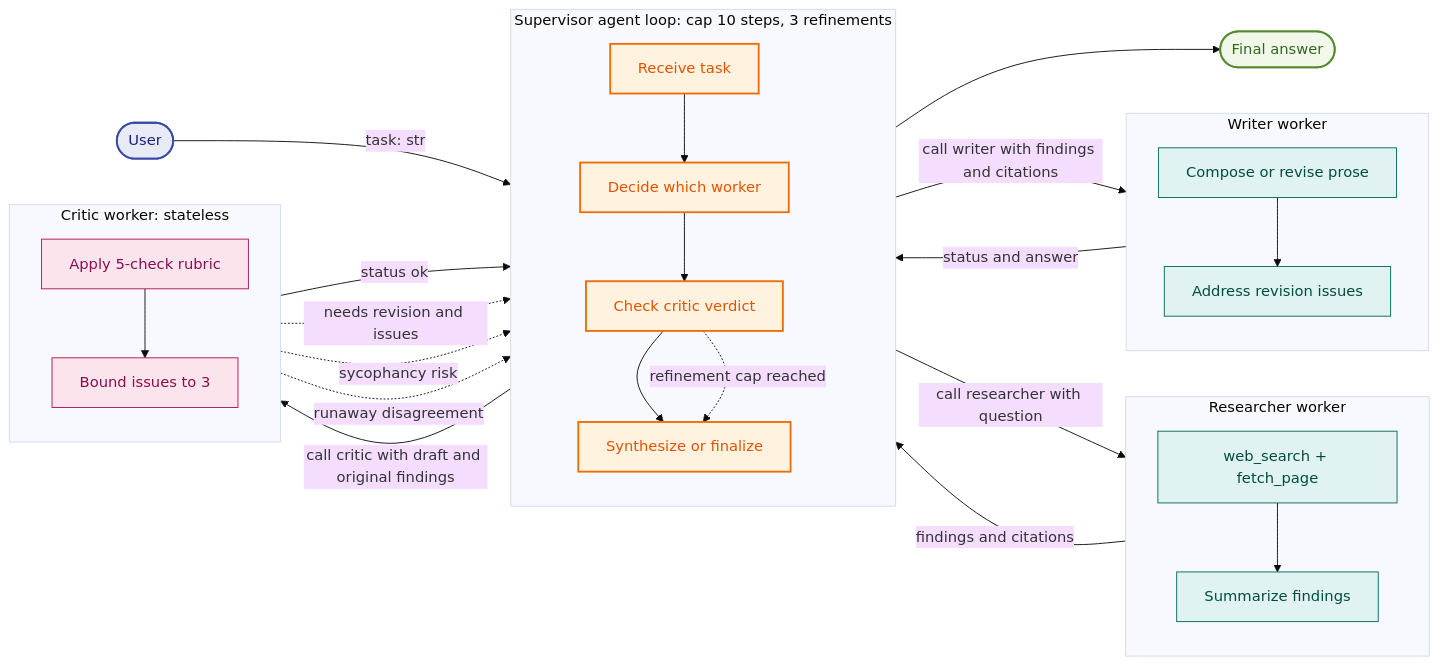
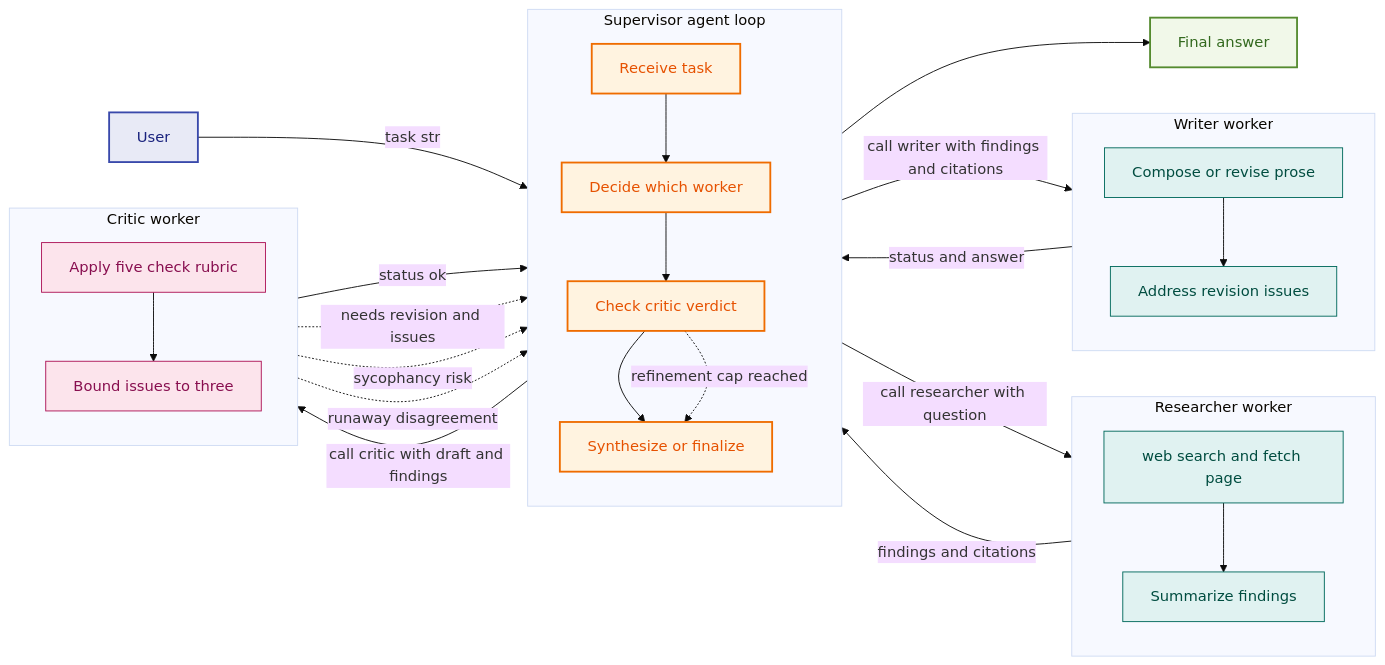
The diagram in diagrams/generator-critic-flow.mmd (MHHamdan/Agentic-AI-Engineer), drawn with Mermaid (base theme) before and after one commit.

Commit message:
Resolve generator critic Mermaid conflict

````diff
--- a/diagrams/generator-critic-flow.mmd
+++ b/diagrams/generator-critic-flow.mmd
@@ -1,71 +1,69 @@
-```mermaid
 flowchart LR
-    U(["User"])
-    Final(["Final answer"])
+    U[User]
+    Final[Final answer]
 
-    subgraph Supervisor["Supervisor agent loop: cap 10 steps, 3 refinements"]
+    subgraph Supervisor[Supervisor agent loop]
         direction TB
-        S1["Receive task"]
-        S2["Decide which worker"]
-        S3["Check critic verdict"]
-        S4["Synthesize or finalize"]
+        S1[Receive task]
+        S2[Decide which worker]
+        S3[Check critic verdict]
+        S4[Synthesize or finalize]
 
         S1 --> S2
         S2 --> S3
         S3 --> S4
     end
 
-    subgraph Researcher["Researcher worker"]
+    subgraph Researcher[Researcher worker]
         direction TB
-        R1["web_search + fetch_page"]
-        R2["Summarize findings"]
+        R1[web search and fetch page]
+        R2[Summarize findings]
 
         R1 --> R2
     end
 
-    subgraph Writer["Writer worker"]
+    subgraph Writer[Writer worker]
         direction TB
-        W1["Compose or revise prose"]
-        W2["Address revision issues"]
+        W1[Compose or revise prose]
+        W2[Address revision issues]
 
         W1 --> W2
     end
 
-    subgraph Critic["Critic worker: stateless"]
+    subgraph Critic[Critic worker]
         direction TB
-        C1["Apply 5-check rubric"]
-        C2["Bound issues to 3"]
+        C1[Apply five check rubric]
+        C2[Bound issues to three]
 
         C1 --> C2
     end
 
-    U -->|"task: str"| S1
+    U -- task str --> S1
 
-    S2 -->|"call researcher with question"| R1
-    R2 -->|"findings and citations"| S2
+    S2 -- call researcher with question --> R1
+    R2 -- findings and citations --> S2
 
-    S2 -->|"call writer with findings and citations"| W1
-    W2 -->|"status and answer"| S3
+    S2 -- call writer with findings and citations --> W1
+    W2 -- status and answer --> S3
 
-    S3 -->|"call critic with draft and original findings"| C1
-    C2 -->|"status ok"| S4
-    C2 -.->|"needs revision and issues"| S2
+    S3 -- call critic with draft and findings --> C1
+    C2 -- status ok --> S4
+    C2 -. needs revision and issues .-> S2
 
     S4 --> Final
 
-    C2 -.->|"sycophancy risk"| S4
-    S3 -.->|"refinement cap reached"| S4
-    C2 -.->|"runaway disagreement"| S2
+    C2 -. sycophancy risk .-> S4
+    S3 -. refinement cap reached .-> S4
+    C2 -. runaway disagreement .-> S2
 
     classDef user fill:#e8eaf6,stroke:#3949ab,stroke-width:2px,color:#1a237e
     classDef supervisor fill:#fff3e0,stroke:#ef6c00,stroke-width:2px,color:#e65100
     classDef worker fill:#e0f2f1,stroke:#00695c,stroke-width:1px,color:#004d40
     classDef critic fill:#fce4ec,stroke:#ad1457,stroke-width:1px,color:#880e4f
     classDef terminal fill:#f1f8e9,stroke:#558b2f,stroke-width:2px,color:#33691e
 
     class U user
     class S1,S2,S3,S4 supervisor
     class R1,R2,W1,W2 worker
     class C1,C2 critic
     class Final terminal
-```
````
